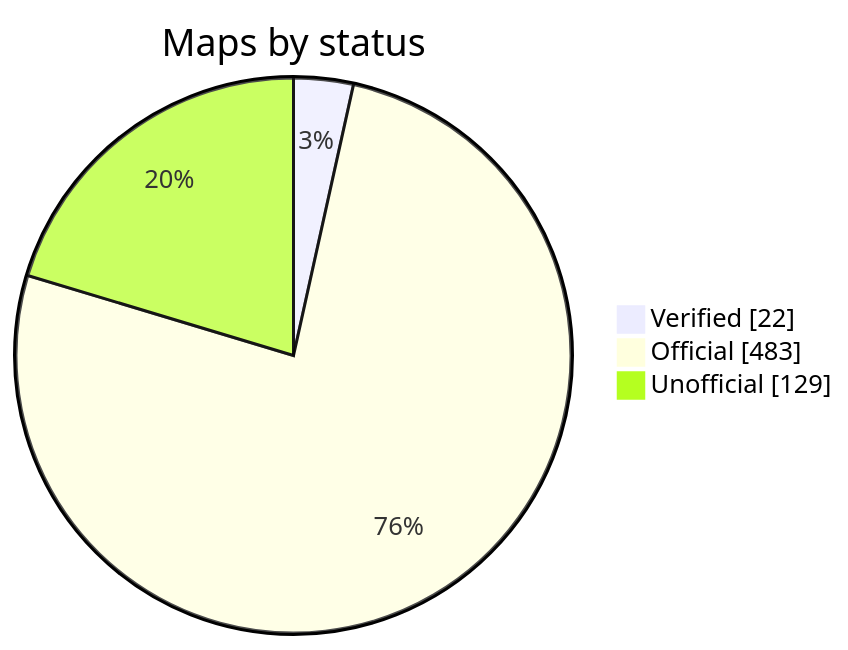
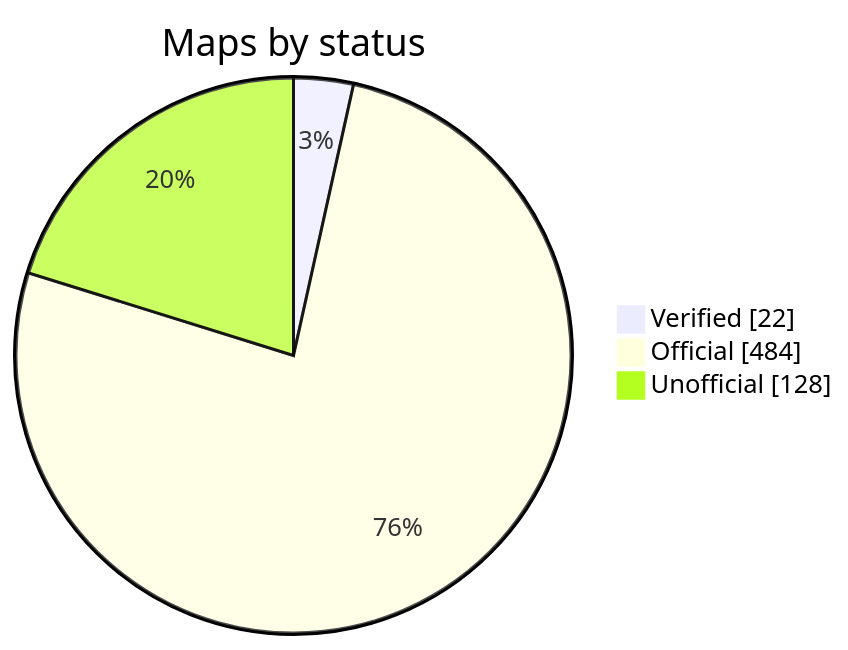
One commit to nobrega8/mbmap-library changed the diagram in README.md. Above: the diagram before and after it, drawn with Mermaid. The commit also changed 6 other files, not shown here.

````diff
--- a/README.md
+++ b/README.md
@@ -52,7 +52,7 @@
 ```mermaid
 pie showData
     title Maps by status
     "Verified" : 22
-    "Official" : 483
-    "Unofficial" : 129
+    "Official" : 484
+    "Unofficial" : 128
 ```
````
